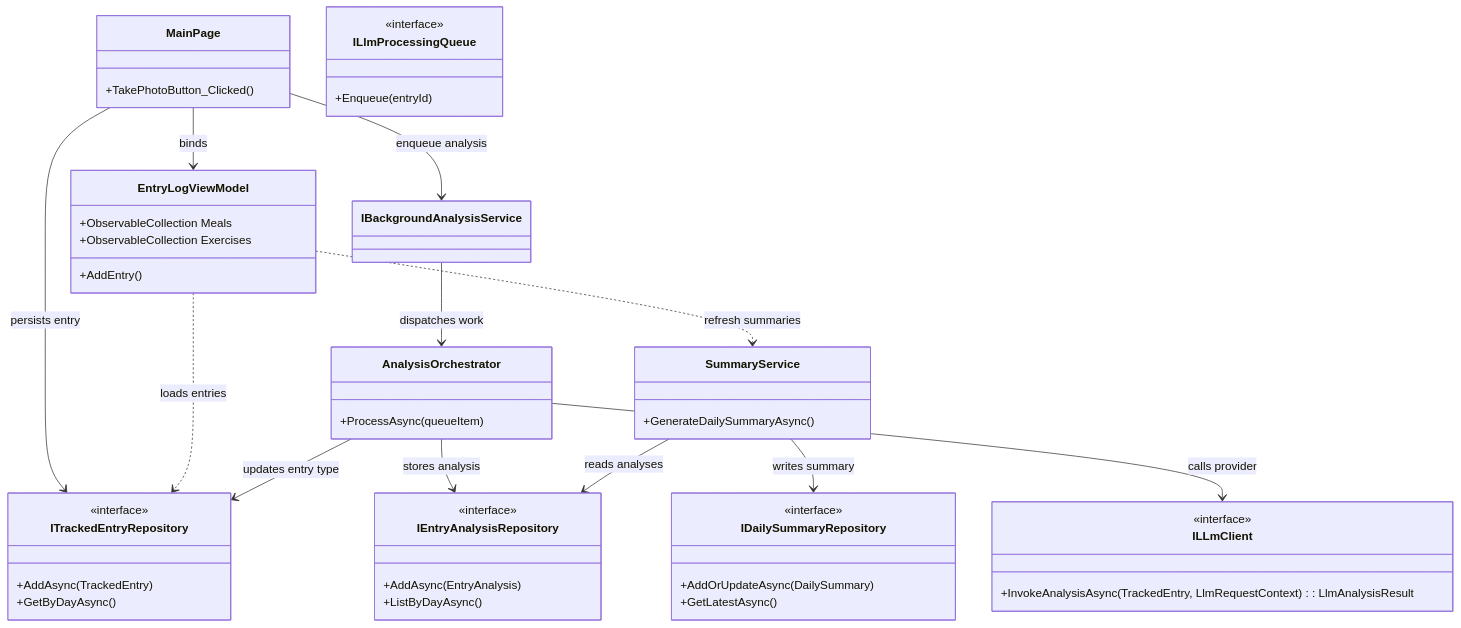
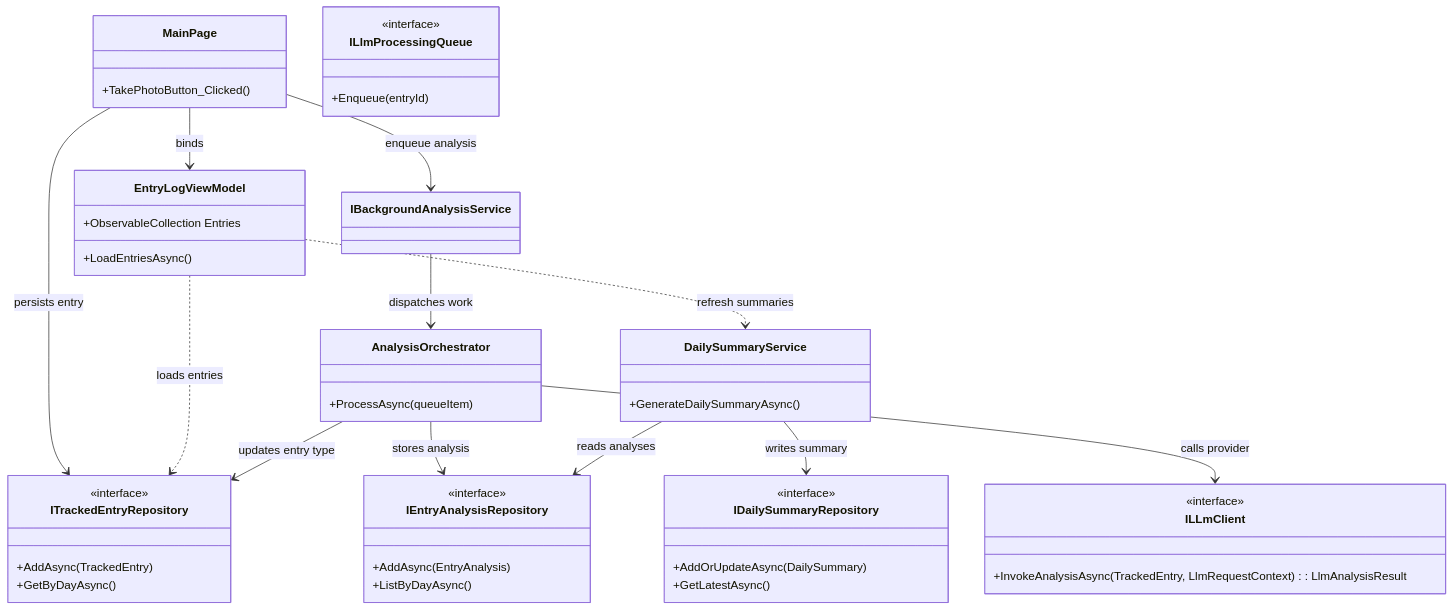
The second of 2 diagrams in docs/ARCHITECTURE.md (DigitumDei/HealthHelper), drawn with Mermaid before and after one commit. The commit also changed other lines of this file and 14 other files, not shown here.

Commit message:
Expand daily summary aggregation

````diff
--- a/docs/ARCHITECTURE.md
+++ b/docs/ARCHITECTURE.md
@@ -42,52 +42,51 @@
 ```mermaid
 classDiagram
     class MainPage {
         +TakePhotoButton_Clicked()
     }
     class EntryLogViewModel {
-        +ObservableCollection<MealPhoto> Meals
-        +ObservableCollection<ExerciseEntry> Exercises
-        +AddEntry()
+        +ObservableCollection<TrackedEntryCard> Entries
+        +LoadEntriesAsync()
     }
     class ITrackedEntryRepository {
         <<interface>>
         +AddAsync(TrackedEntry)
         +GetByDayAsync()
     }
     class ILlmProcessingQueue {
         <<interface>>
         +Enqueue(entryId)
     }
     class AnalysisOrchestrator {
         +ProcessAsync(queueItem)
     }
     class ILLmClient {
         <<interface>>
         +InvokeAnalysisAsync(TrackedEntry, LlmRequestContext) : LlmAnalysisResult
     }
     class IEntryAnalysisRepository {
         <<interface>>
         +AddAsync(EntryAnalysis)
         +ListByDayAsync()
     }
-    class SummaryService {
+    class DailySummaryService {
         +GenerateDailySummaryAsync()
     }
     class IDailySummaryRepository {
         <<interface>>
         +AddOrUpdateAsync(DailySummary)
         +GetLatestAsync()
     }
 
     MainPage --> EntryLogViewModel : binds
     MainPage --> ITrackedEntryRepository : persists entry
     MainPage --> IBackgroundAnalysisService : enqueue analysis
     EntryLogViewModel ..> ITrackedEntryRepository : loads entries
     IBackgroundAnalysisService --> AnalysisOrchestrator : dispatches work
     AnalysisOrchestrator --> ILLmClient : calls provider
     AnalysisOrchestrator --> ITrackedEntryRepository : updates entry type
     AnalysisOrchestrator --> IEntryAnalysisRepository : stores analysis
-    SummaryService --> IEntryAnalysisRepository : reads analyses
-    SummaryService --> IDailySummaryRepository : writes summary
-    EntryLogViewModel ..> SummaryService : refresh summaries
+    DailySummaryService --> IEntryAnalysisRepository : reads analyses
+    DailySummaryService --> IDailySummaryRepository : writes summary
+    EntryLogViewModel ..> DailySummaryService : refresh summaries
 ```
````
